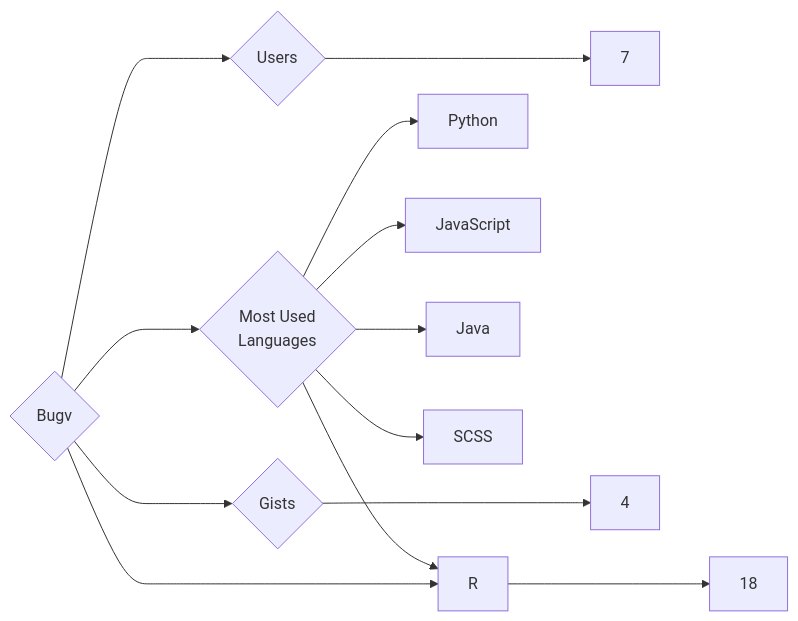
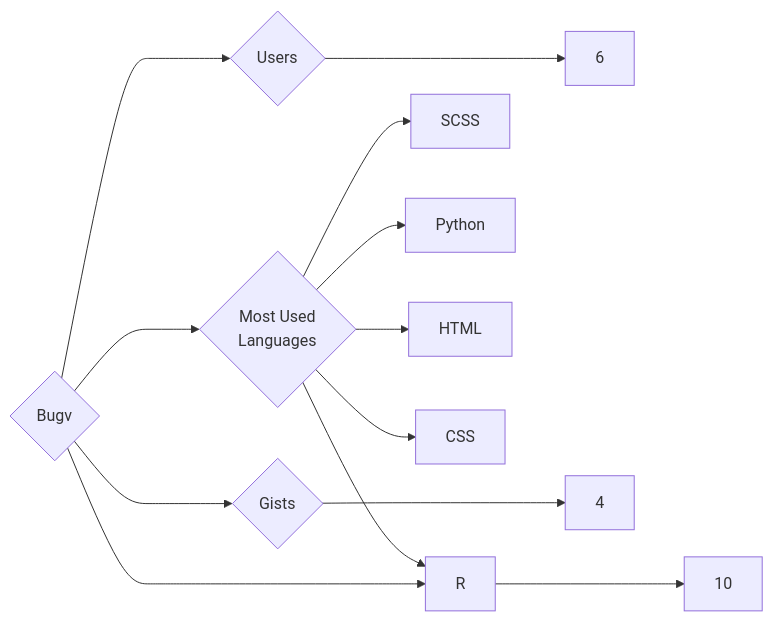
The diagram in targets/Bugv/README.md (trickest/insiders), drawn with Mermaid before and after one commit. The commit also changed 1175 other files, not shown here.

````diff
--- a/targets/Bugv/README.md
+++ b/targets/Bugv/README.md
@@ -3,13 +3,13 @@
 ```mermaid
 graph LR
 COMPANY_NAME{Bugv}
-COMPANY_NAME ---> U{Users} ---> UN[7]
-COMPANY_NAME ---> R{Repositories} ---> RN[18]
+COMPANY_NAME ---> U{Users} ---> UN[6]
+COMPANY_NAME ---> R{Repositories} ---> RN[10]
 COMPANY_NAME ---> G{Gists} ---> GN[4]
 COMPANY_NAME ---> ML{Most Used<br>Languages}
-ML --> Python[Python]
-ML --> JavaScript[JavaScript]
-ML --> Java[Java]
 ML --> SCSS[SCSS]
 ML --> R[R]
+ML --> Python[Python]
+ML --> HTML[HTML]
+ML --> CSS[CSS]
 ```
````
